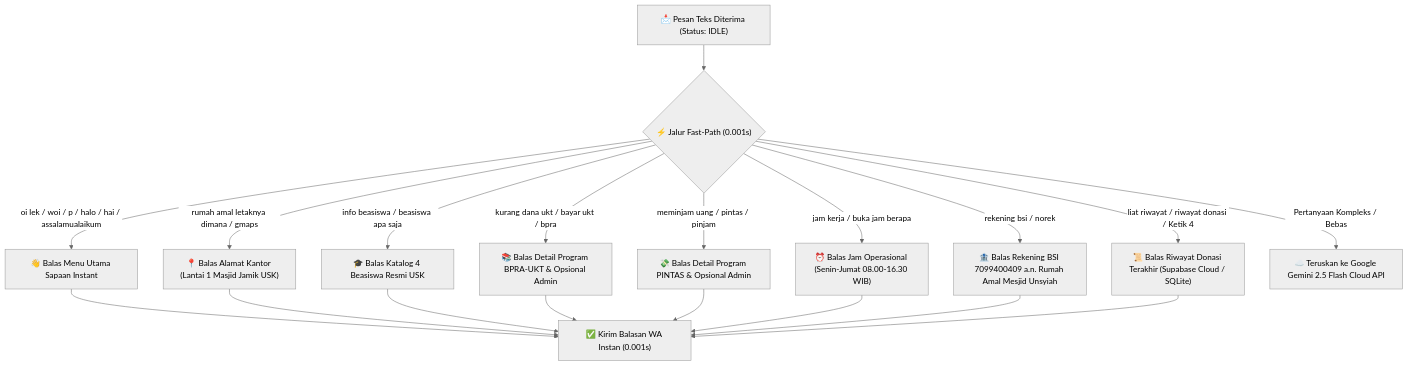
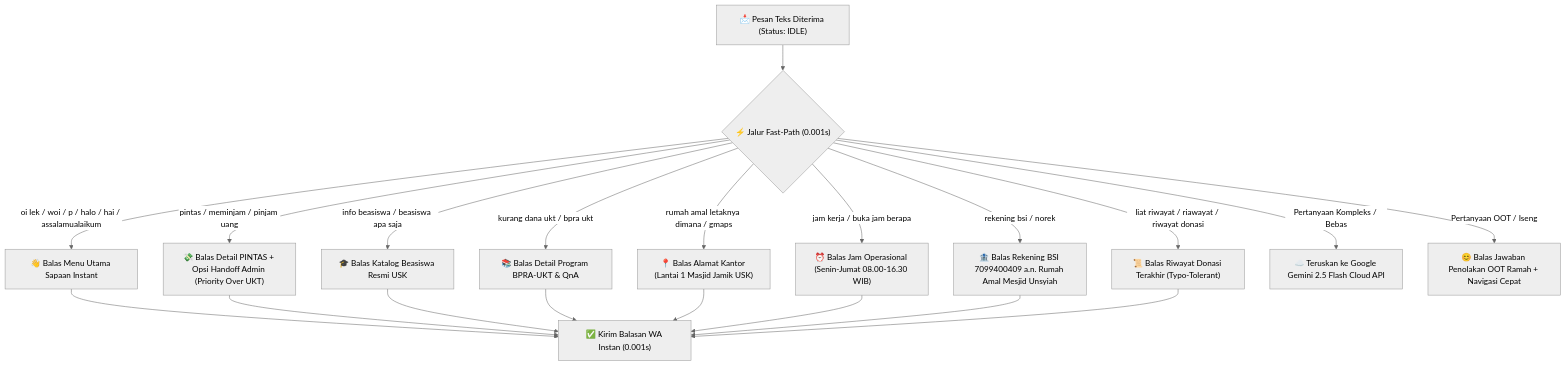
Before and after one commit to WafiJackson/Chatbot_Rumah_Amal: the fourth of 4 diagrams in README.md, drawn with Mermaid (neutral theme). The commit also changed other lines of this file and 3 other files, not shown here.

````diff
--- a/README.md
+++ b/README.md
@@ -161,24 +166,25 @@
 ```mermaid
 flowchart TD
     IncomingMsg["📩 Pesan Teks Diterima (Status: IDLE)"] --> FastCheck{"⚡ Jalur Fast-Path (0.001s)"}
 
     FastCheck -- "oi lek / woi / p / halo / hai / assalamualaikum" --> ResSapaan["👋 Balas Menu Utama Sapaan Instant"]
+    FastCheck -- "pintas / meminjam / pinjam uang" --> ResPintas["💸 Balas Detail PINTAS + Opsi Handoff Admin (Priority Over UKT)"]
+    FastCheck -- "info beasiswa / beasiswa apa saja" --> ResBeasiswa["🎓 Balas Katalog Beasiswa Resmi USK"]
+    FastCheck -- "kurang dana ukt / bpra ukt" --> ResUKT["📚 Balas Detail Program BPRA-UKT & QnA"]
     FastCheck -- "rumah amal letaknya dimana / gmaps" --> ResAlamat["📍 Balas Alamat Kantor (Lantai 1 Masjid Jamik USK)"]
-    FastCheck -- "info beasiswa / beasiswa apa saja" --> ResBeasiswa["🎓 Balas Katalog 4 Beasiswa Resmi USK"]
-    FastCheck -- "kurang dana ukt / bayar ukt / bpra" --> ResUKT["📚 Balas Detail Program BPRA-UKT & Opsional Admin"]
-    FastCheck -- "meminjam uang / pintas / pinjam" --> ResPintas["💸 Balas Detail Program PINTAS & Opsional Admin"]
     FastCheck -- "jam kerja / buka jam berapa" --> ResJam["⏰ Balas Jam Operasional (Senin-Jumat 08.00-16.30 WIB)"]
     FastCheck -- "rekening bsi / norek" --> ResRek["🏦 Balas Rekening BSI 7099400409 a.n. Rumah Amal Mesjid Unsyiah"]
-    FastCheck -- "liat riwayat / riwayat donasi / Ketik 4" --> ResRiwayat["📜 Balas Riwayat Donasi Terakhir (Supabase Cloud / SQLite)"]
+    FastCheck -- "liat riwayat / riawayat / riwayat donasi" --> ResRiwayat["📜 Balas Riwayat Donasi Terakhir (Typo-Tolerant)"]
 
     ResSapaan --> FinishFast["✅ Kirim Balasan WA Instan (0.001s)"]
-    ResAlamat --> FinishFast
+    ResPintas --> FinishFast
     ResBeasiswa --> FinishFast
     ResUKT --> FinishFast
-    ResPintas --> FinishFast
+    ResAlamat --> FinishFast
     ResJam --> FinishFast
     ResRek --> FinishFast
     ResRiwayat --> FinishFast
 
     FastCheck -- "Pertanyaan Kompleks / Bebas" --> LLMRoute["☁️ Teruskan ke Google Gemini 2.5 Flash Cloud API"]
+    FastCheck -- "Pertanyaan OOT / Iseng" --> ResOOT["😊 Balas Jawaban Penolakan OOT Ramah + Navigasi Cepat"]
 ```
````
